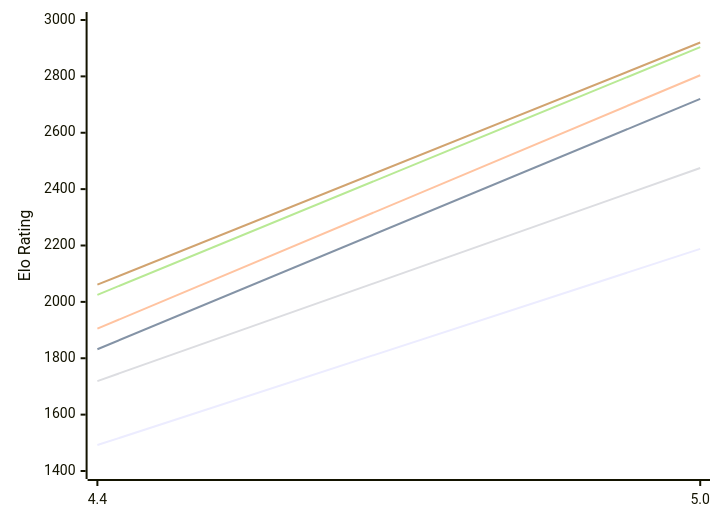
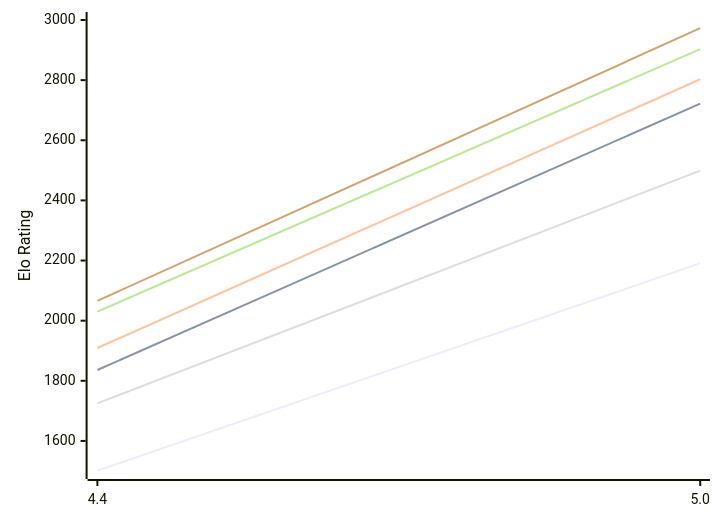
The first of 2 diagrams in engines/Radiance.md (computer-chess-index/cci), drawn with Mermaid before and after one commit. The commit also changed other lines of this file, not shown here.

Commit message:
Update CCI Ratings (ELO VLTC) - 2026-10-16

````diff
--- a/engines/Radiance.md
+++ b/engines/Radiance.md
@@ -51,12 +51,12 @@
 ```mermaid
 %%{init: {"theme":"base","themeVariables":{"seriesColors:['#a3a3a3','#222221','#faa371']}}}%%
 xychart-beta
   x-axis ["4.4", "5.0"]
-  y-axis "Elo Rating" 1400 --> 3000
-  line "E1: STC (8.0+0.08s)" [1492, 2188]
-  line "E1: LTC (60.0+0.60s)" [1832, 2720]
-  line "E1: VLTC (2m24s+1.12s)" [1905, 2804]
-  line "P1: STC (8.0+0.08s)" [1719, 2475]
-  line "P1: LTC (60.0+0.60s)" [2025, 2904]
-  line "P1: VLTC (2m24s+1.12s)" [2061, 2920]
+  y-axis "Elo Rating" 1500 --> 3000
+  line "E1: STC (8.0+0.08s)" [1501, 2191]
+  line "E1: LTC (60.0+0.60s)" [1836, 2722]
+  line "E1: VLTC (2m24s+1.12s)" [1909, 2803]
+  line "P1: STC (8.0+0.08s)" [1725, 2499]
+  line "P1: LTC (60.0+0.60s)" [2030, 2903]
+  line "P1: VLTC (2m24s+1.12s)" [2066, 2973]
 ```
````
